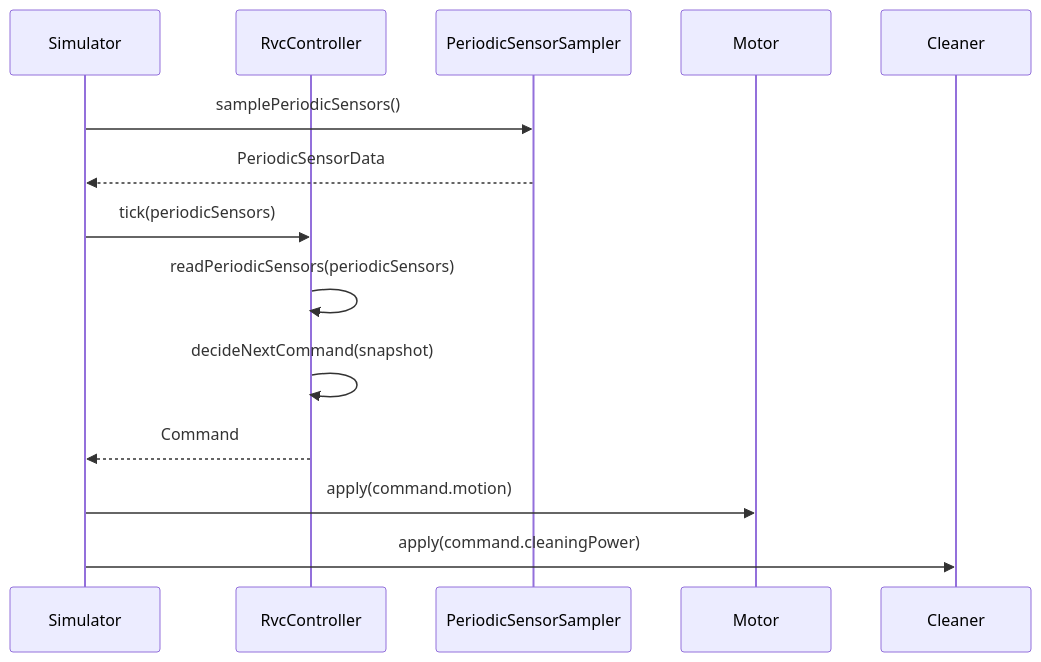
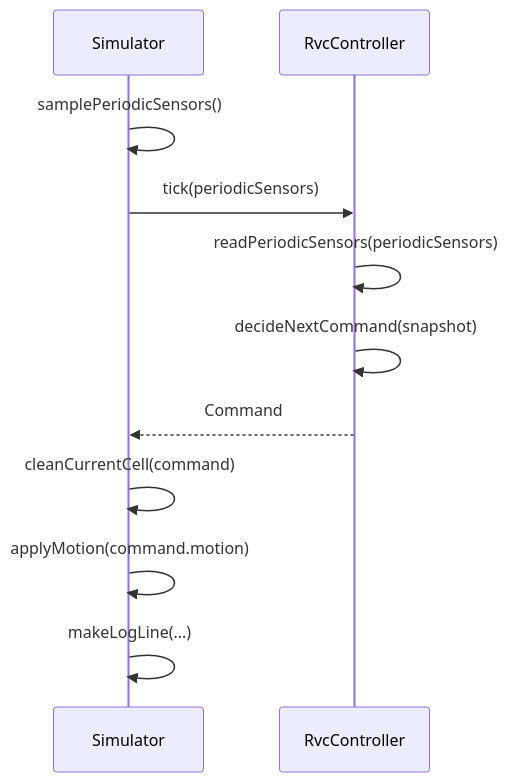
The first of 6 diagrams in docs/ood_sequence_diagrams.md (reload02/ooad-vibe), drawn with Mermaid before and after one commit. The commit also changed other lines of this file and 8 other files, not shown here.

````diff
--- a/docs/ood_sequence_diagrams.md
+++ b/docs/ood_sequence_diagrams.md
@@ -5,17 +5,14 @@
 ```mermaid
 sequenceDiagram
     participant Simulator
     participant Controller as RvcController
-    participant Sampler as PeriodicSensorSampler
-    participant Motor
-    participant Cleaner
 
-    Simulator->>Sampler: samplePeriodicSensors()
-    Sampler-->>Simulator: PeriodicSensorData
+    Simulator->>Simulator: samplePeriodicSensors()
     Simulator->>Controller: tick(periodicSensors)
     Controller->>Controller: readPeriodicSensors(periodicSensors)
     Controller->>Controller: decideNextCommand(snapshot)
     Controller-->>Simulator: Command
-    Simulator->>Motor: apply(command.motion)
-    Simulator->>Cleaner: apply(command.cleaningPower)
+    Simulator->>Simulator: cleanCurrentCell(command)
+    Simulator->>Simulator: applyMotion(command.motion)
+    Simulator->>Simulator: makeLogLine(...)
 ```
````
